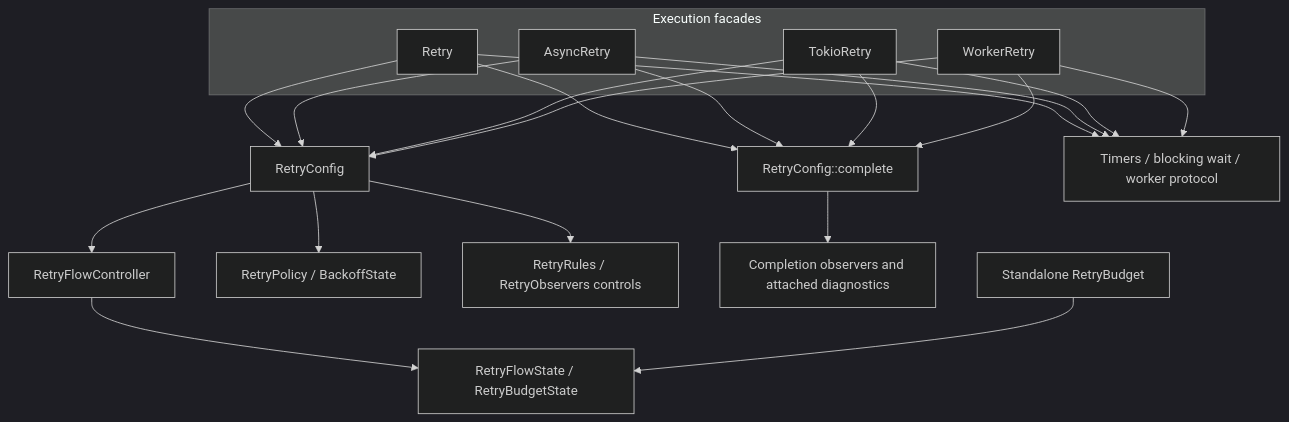
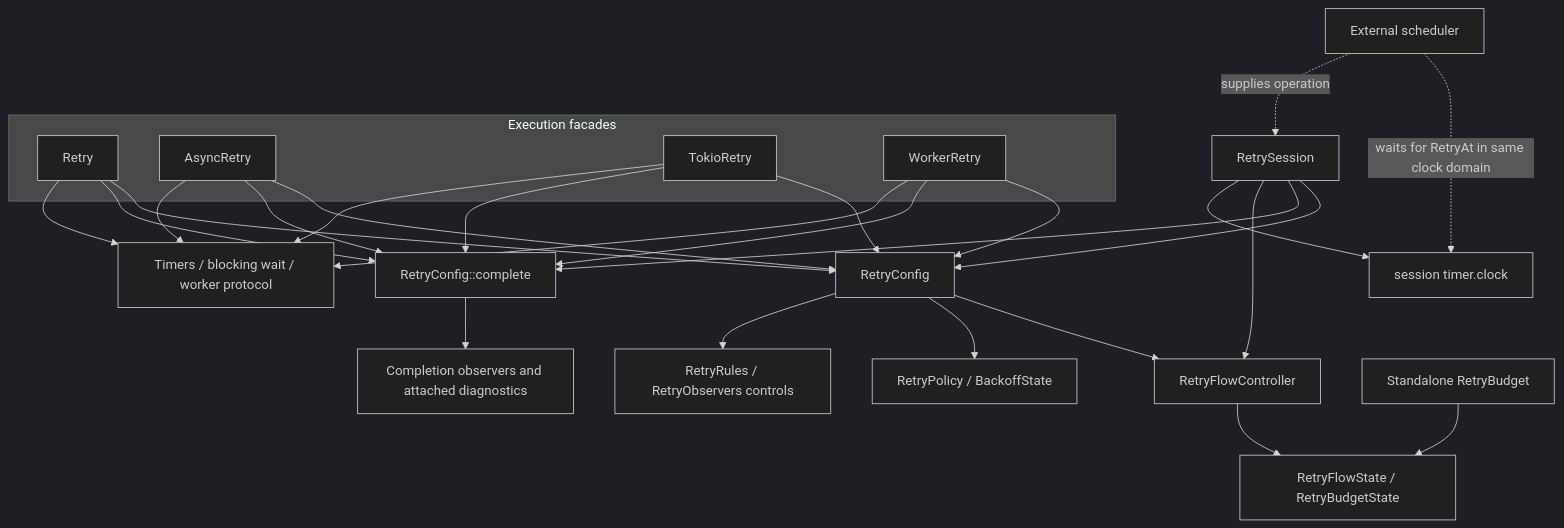
Before and after one commit to qubit-ltd/rs-retry: the diagram in doc/design.md, drawn with Mermaid (dark theme). The commit also changed other lines of this file and 3 other files, not shown here.

````diff
--- a/doc/design.md
+++ b/doc/design.md
@@ -15,27 +15,34 @@
 ```mermaid
 flowchart TD
     subgraph executors [Execution facades]
         F1[Retry]
         F2[AsyncRetry]
         F3[TokioRetry]
         F4[WorkerRetry]
     end
+    SESS[RetrySession]
     F1 --> CFG[RetryConfig]
     F2 --> CFG
     F3 --> CFG
     F4 --> CFG
+    SESS --> CFG
     CFG --> C[RetryFlowController]
     C --> S[RetryFlowState / RetryBudgetState]
     CFG --> P[RetryPolicy / BackoffState]
     CFG --> O[RetryRules / RetryObservers controls]
     F1 --> R[RetryConfig::complete]
     F2 --> R
     F3 --> R
     F4 --> R
+    SESS --> R
     R --> D[Completion observers and attached diagnostics]
     F1 --> W[Timers / blocking wait / worker protocol]
     F2 --> W
     F3 --> W
     F4 --> W
+    SESS --> C
+    SESS --> TC[session timer.clock]
+    ES[External scheduler] -. "waits for RetryAt in same clock domain" .-> TC
+    ES -. "supplies operation" .-> SESS
     B[Standalone RetryBudget] --> S
 ```
````
